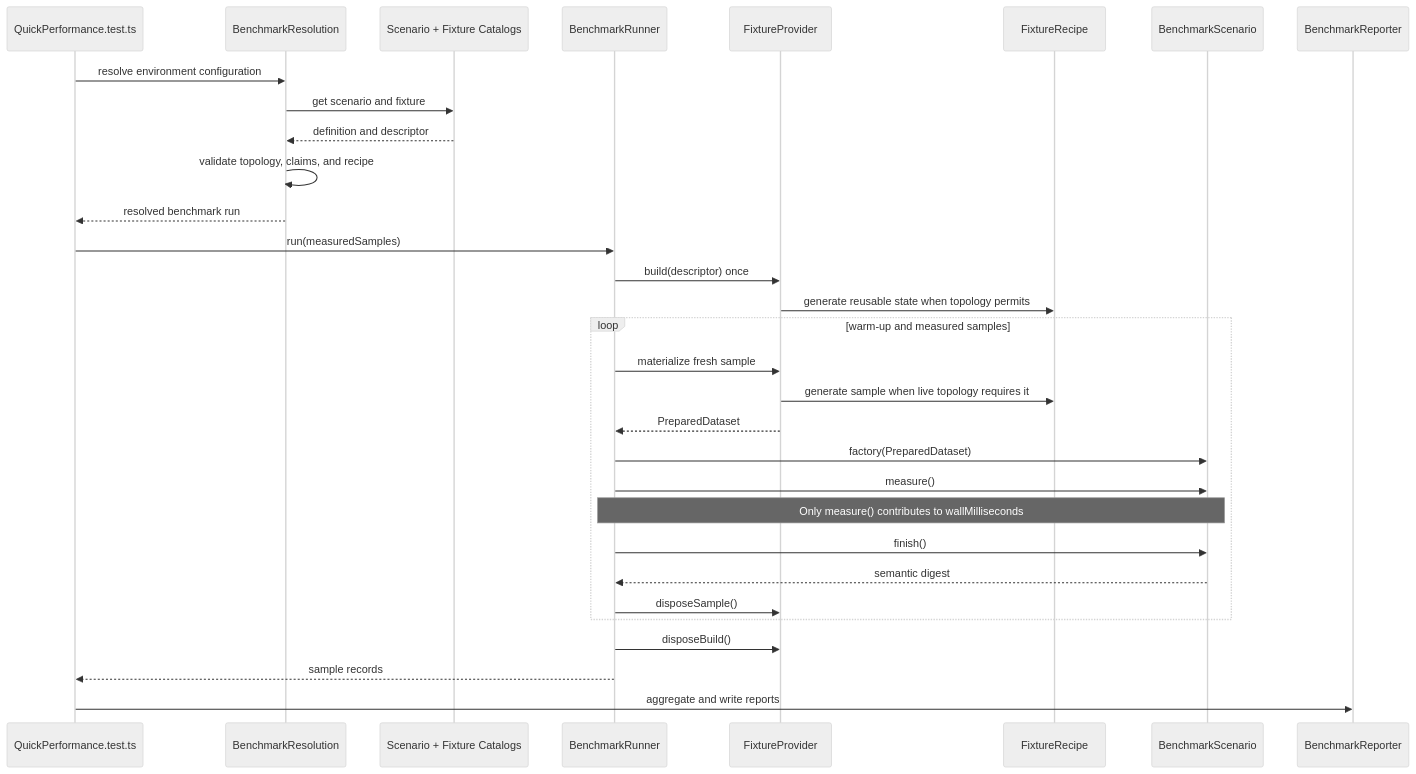
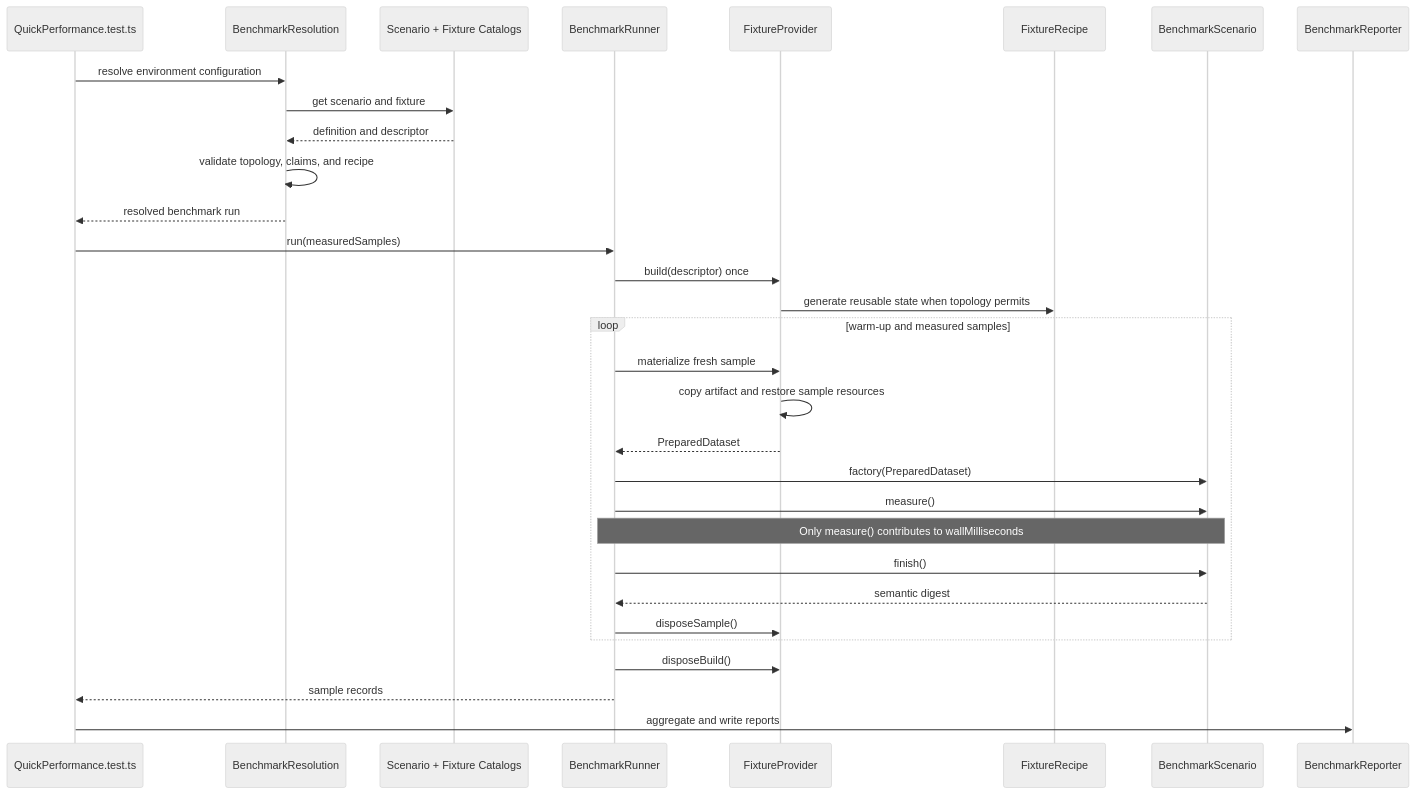
Before and after one commit to iTwin/imodel-transformer: the second of 2 diagrams in packages/performance-tests/ARCHITECTURE.md, drawn with Mermaid (neutral theme). The commit also changed other lines of this file and 14 other files, not shown here.

````diff
--- a/packages/performance-tests/ARCHITECTURE.md
+++ b/packages/performance-tests/ARCHITECTURE.md
@@ -151,36 +153,36 @@
 ```mermaid
 sequenceDiagram
     participant Entry as QuickPerformance.test.ts
     participant Resolution as BenchmarkResolution
     participant Catalogs as Scenario + Fixture Catalogs
     participant Runner as BenchmarkRunner
     participant Provider as FixtureProvider
     participant Recipe as FixtureRecipe
     participant Scenario as BenchmarkScenario
     participant Reporter as BenchmarkReporter
 
     Entry->>Resolution: resolve environment configuration
     Resolution->>Catalogs: get scenario and fixture
     Catalogs-->>Resolution: definition and descriptor
     Resolution->>Resolution: validate topology, claims, and recipe
     Resolution-->>Entry: resolved benchmark run
     Entry->>Runner: run(measuredSamples)
     Runner->>Provider: build(descriptor) once
     Provider->>Recipe: generate reusable state when topology permits
 
     loop warm-up and measured samples
         Runner->>Provider: materialize fresh sample
-        Provider->>Recipe: generate sample when live topology requires it
+        Provider->>Provider: copy artifact and restore sample resources
         Provider-->>Runner: PreparedDataset
         Runner->>Scenario: factory(PreparedDataset)
         Runner->>Scenario: measure()
         Note over Runner,Scenario: Only measure() contributes to wallMilliseconds
         Runner->>Scenario: finish()
         Scenario-->>Runner: semantic digest
         Runner->>Provider: disposeSample()
     end
 
     Runner->>Provider: disposeBuild()
     Runner-->>Entry: sample records
     Entry->>Reporter: aggregate and write reports
 ```
````
